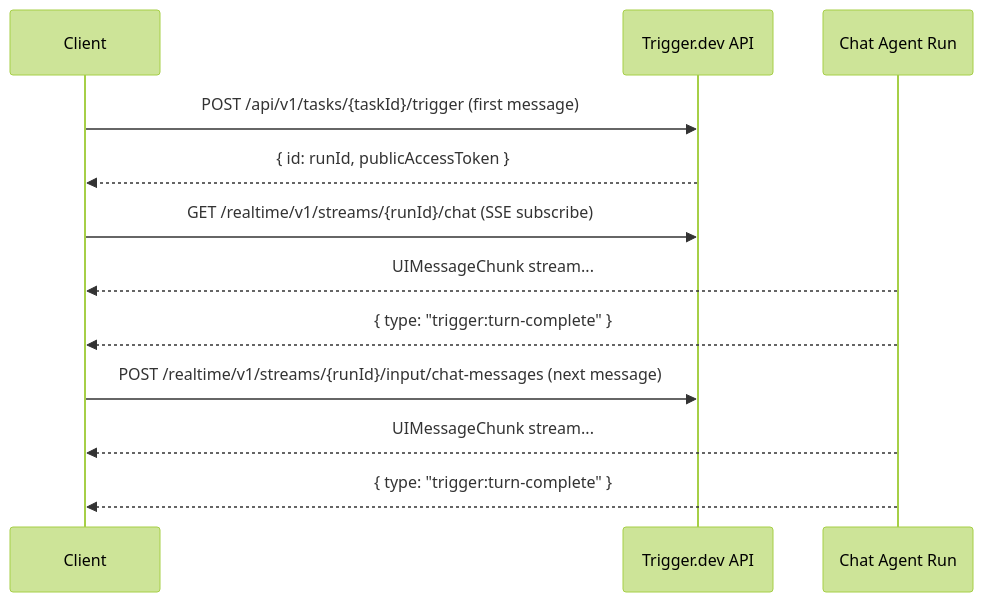
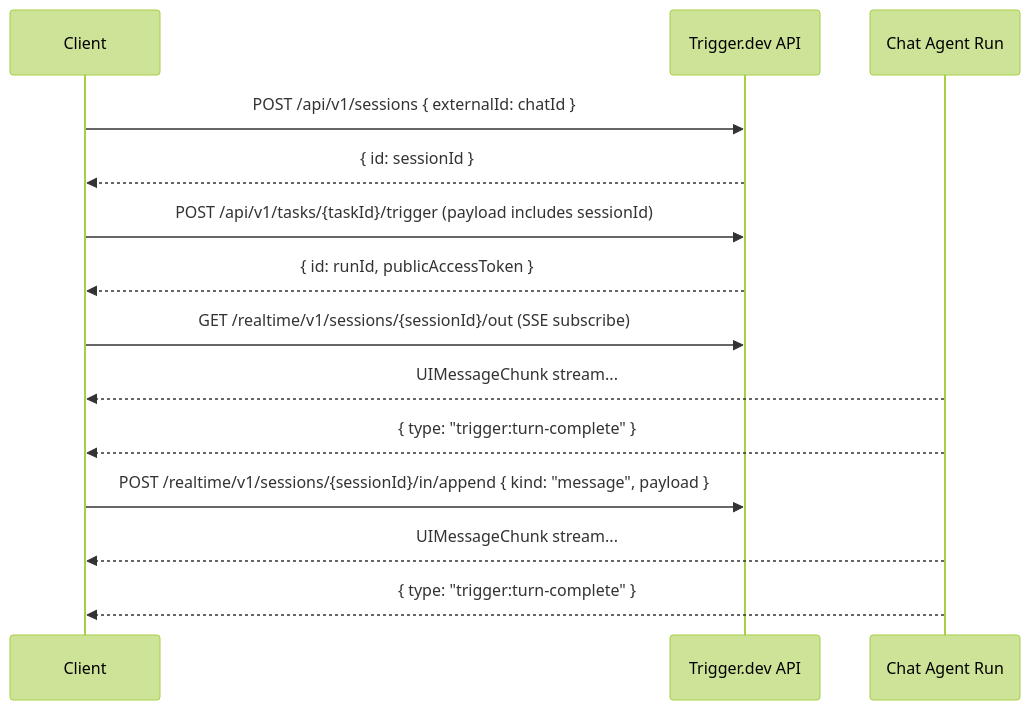
The diagram in docs/ai-chat/client-protocol.mdx (triggerdotdev/trigger.dev), drawn with Mermaid (forest theme) before and after one commit. The commit also changed other lines of this file and 17 other files, not shown here.

First line of the commit message:
docs: Sessions primitive + chat.agent on Sessions

````diff
--- a/docs/ai-chat/client-protocol.mdx
+++ b/docs/ai-chat/client-protocol.mdx
@@ -21,15 +24,17 @@
 ```mermaid
 sequenceDiagram
   participant Client
   participant API as Trigger.dev API
   participant Agent as Chat Agent Run
 
-  Client->>API: POST /api/v1/tasks/{taskId}/trigger (first message)
+  Client->>API: POST /api/v1/sessions { externalId: chatId }
+  API-->>Client: { id: sessionId }
+  Client->>API: POST /api/v1/tasks/{taskId}/trigger (payload includes sessionId)
   API-->>Client: { id: runId, publicAccessToken }
-  Client->>API: GET /realtime/v1/streams/{runId}/chat (SSE subscribe)
+  Client->>API: GET /realtime/v1/sessions/{sessionId}/out (SSE subscribe)
   Agent-->>Client: UIMessageChunk stream...
   Agent-->>Client: { type: "trigger:turn-complete" }
-  Client->>API: POST /realtime/v1/streams/{runId}/input/chat-messages (next message)
+  Client->>API: POST /realtime/v1/sessions/{sessionId}/in/append { kind: "message", payload }
   Agent-->>Client: UIMessageChunk stream...
   Agent-->>Client: { type: "trigger:turn-complete" }
 ```
````
